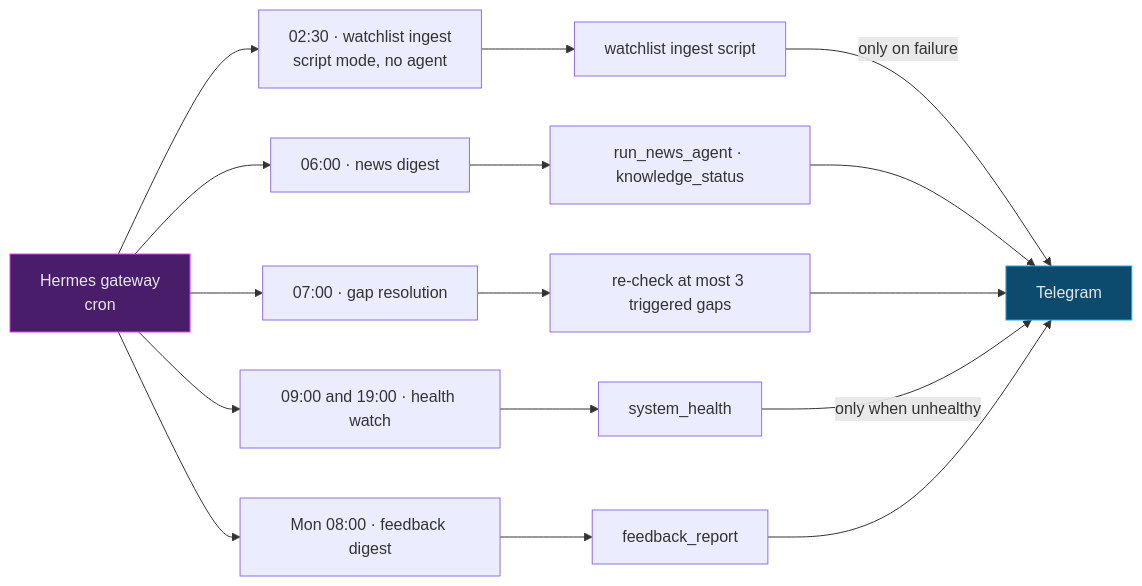
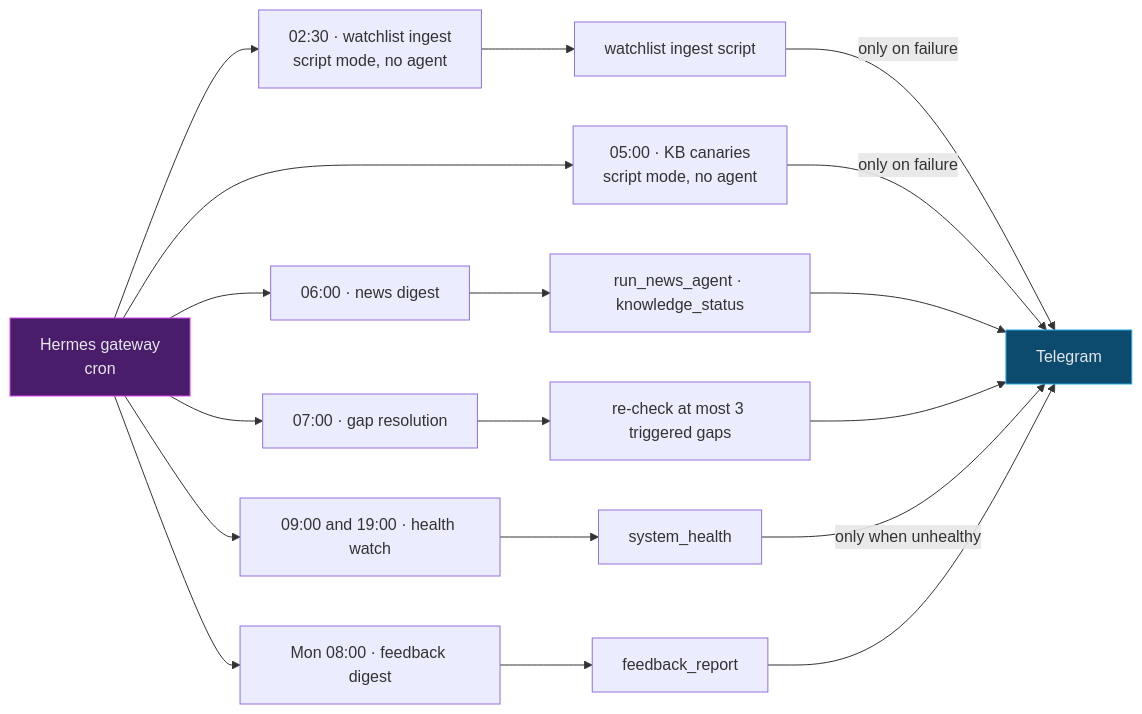
One commit to sebdallais-git/PharmaIT_Chat_and_Digest changed the fifth of 11 diagrams in README.md. Above: the diagram before and after it, drawn with Mermaid. The commit also changed other lines of this file and 12 other files, not shown here.

````diff
--- a/README.md
+++ b/README.md
@@ -205,21 +206,23 @@
 ```mermaid
 flowchart LR
     H["Hermes gateway<br/>cron"] --> WL["02:30 · watchlist ingest<br/>script mode, no agent"]
+    H --> KC["05:00 · KB canaries<br/>script mode, no agent"]
     H --> ND["06:00 · news digest"]
     H --> GR["07:00 · gap resolution"]
     H --> HW["09:00 and 19:00 · health watch"]
     H --> FD["Mon 08:00 · feedback digest"]
     WL --> WI["watchlist ingest script"]
     ND --> T1["run_news_agent · knowledge_status"]
     GR --> T2["re-check at most 3 triggered gaps"]
     HW --> T3["system_health"]
     FD --> T4["feedback_report"]
     WI -- "only on failure" --> TG["Telegram"]
+    KC -- "only on failure" --> TG
     T1 --> TG
     T2 --> TG
     T3 -- "only when unhealthy" --> TG
     T4 --> TG
 
     style H fill:#4a1d6b,stroke:#d946ef,color:#e5e7eb
     style TG fill:#0c4a6e,stroke:#26A5E4,color:#e5e7eb
 ```
````
